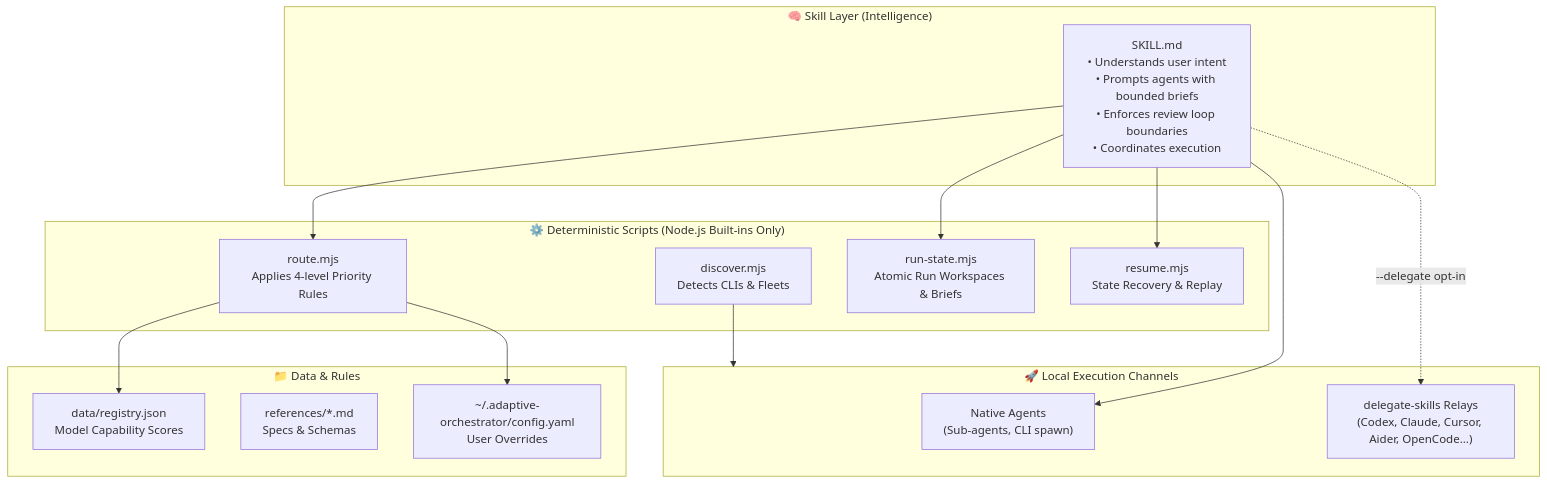
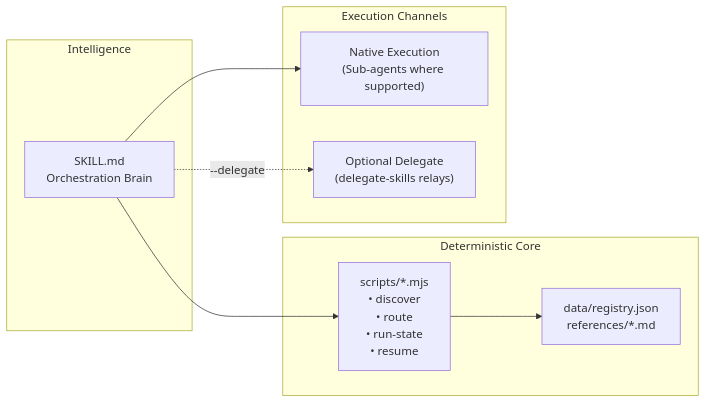
Before and after one commit to tamourax/Adaptive-Director-Skill: the second of 2 diagrams in README.md, drawn with Mermaid. The commit also changed other lines of this file, not shown here.

````diff
--- a/README.md
+++ b/README.md
@@ -152,33 +207,21 @@
 ```mermaid
-graph TB
-    subgraph SkillLayer["🧠 Skill Layer (Intelligence)"]
-        SKILL["SKILL.md<br/>• Understands user intent<br/>• Prompts agents with bounded briefs<br/>• Enforces review loop boundaries<br/>• Coordinates execution"]
+graph LR
+    subgraph Brain["Intelligence"]
+        SKILL["SKILL.md<br/>Orchestration Brain"]
     end
 
-    subgraph ScriptLayer["⚙️ Deterministic Scripts (Node.js Built-ins Only)"]
-        DISCOVER["discover.mjs<br/>Detects CLIs & Fleets"]
-        ROUTE["route.mjs<br/>Applies 4-level Priority Rules"]
-        STATE["run-state.mjs<br/>Atomic Run Workspaces & Briefs"]
-        RESUME["resume.mjs<br/>State Recovery & Replay"]
+    subgraph Deterministic["Deterministic Core"]
+        SCRIPTS["scripts/*.mjs<br/>• discover<br/>• route<br/>• run-state<br/>• resume"]
+        DATA["data/registry.json<br/>references/*.md"]
     end
 
-    subgraph DataLayer["📁 Data & Rules"]
-        REGISTRY["data/registry.json<br/>Model Capability Scores"]
-        REFS["references/*.md<br/>Specs & Schemas"]
-        CONFIG["~/.adaptive-orchestrator/config.yaml<br/>User Overrides"]
+    subgraph Execution["Execution Channels"]
+        NATIVE["Native Execution<br/>(Sub-agents where supported)"]
+        DELEGATE["Optional Delegate<br/>(delegate-skills relays)"]
     end
 
-    subgraph ExecutionTargets["🚀 Local Execution Channels"]
-        NATIVE["Native Agents<br/>(Sub-agents, CLI spawn)"]
-        DELEGATE["delegate-skills Relays<br/>(Codex, Claude, Cursor, Aider, OpenCode...)"]
-    end
-
-    SKILL --> ROUTE
-    SKILL --> STATE
-    SKILL --> RESUME
-    ROUTE --> REGISTRY
-    ROUTE --> CONFIG
-    DISCOVER --> ExecutionTargets
+    SKILL --> SCRIPTS
+    SCRIPTS --> DATA
     SKILL --> NATIVE
-    SKILL -.->|--delegate opt-in| DELEGATE
+    SKILL -.->|"--delegate"| DELEGATE
 ```
````
